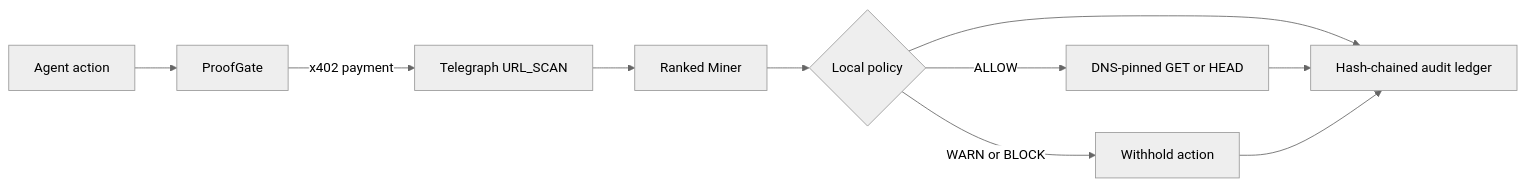
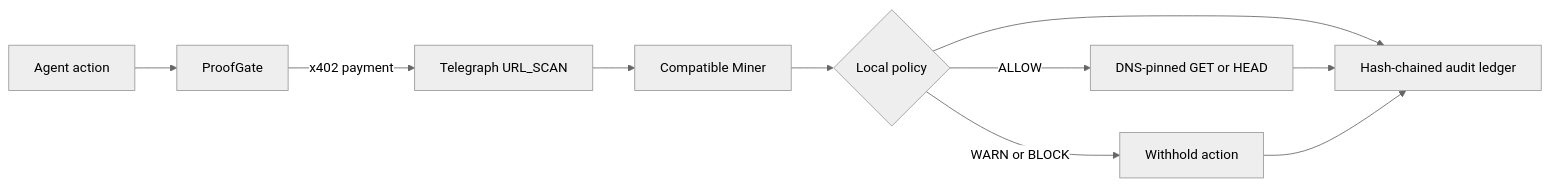
The diagram in README.md (karan68/proofgate), drawn with Mermaid (neutral theme) before and after one commit. The commit also changed other lines of this file and 6 other files, not shown here.

````diff
--- a/README.md
+++ b/README.md
@@ -17,12 +17,12 @@
 ```mermaid
 flowchart LR
   A[Agent action] --> G[ProofGate]
   G -->|x402 payment| T[Telegraph URL_SCAN]
-  T --> M[Ranked Miner]
+  T --> M[Compatible Miner]
   M --> P{Local policy}
   P -->|ALLOW| E[DNS-pinned GET or HEAD]
   P -->|WARN or BLOCK| W[Withhold action]
   P --> L[Hash-chained audit ledger]
   E --> L
   W --> L
 ```
````
